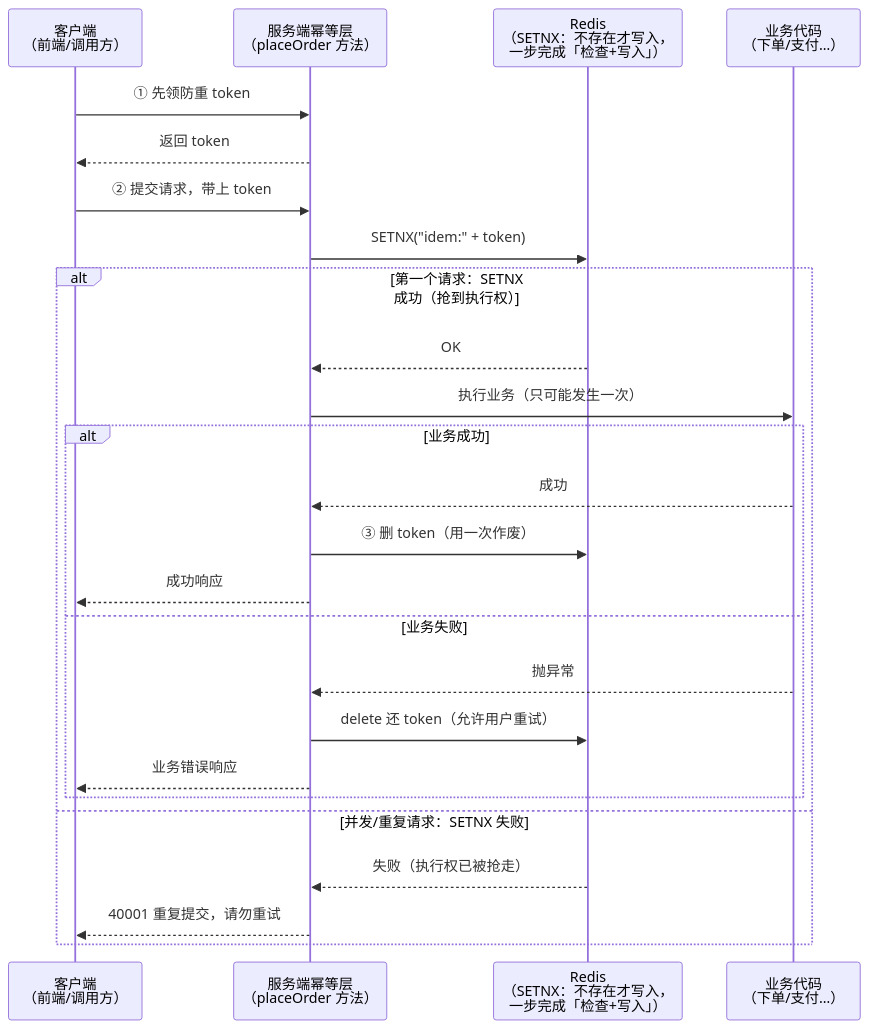
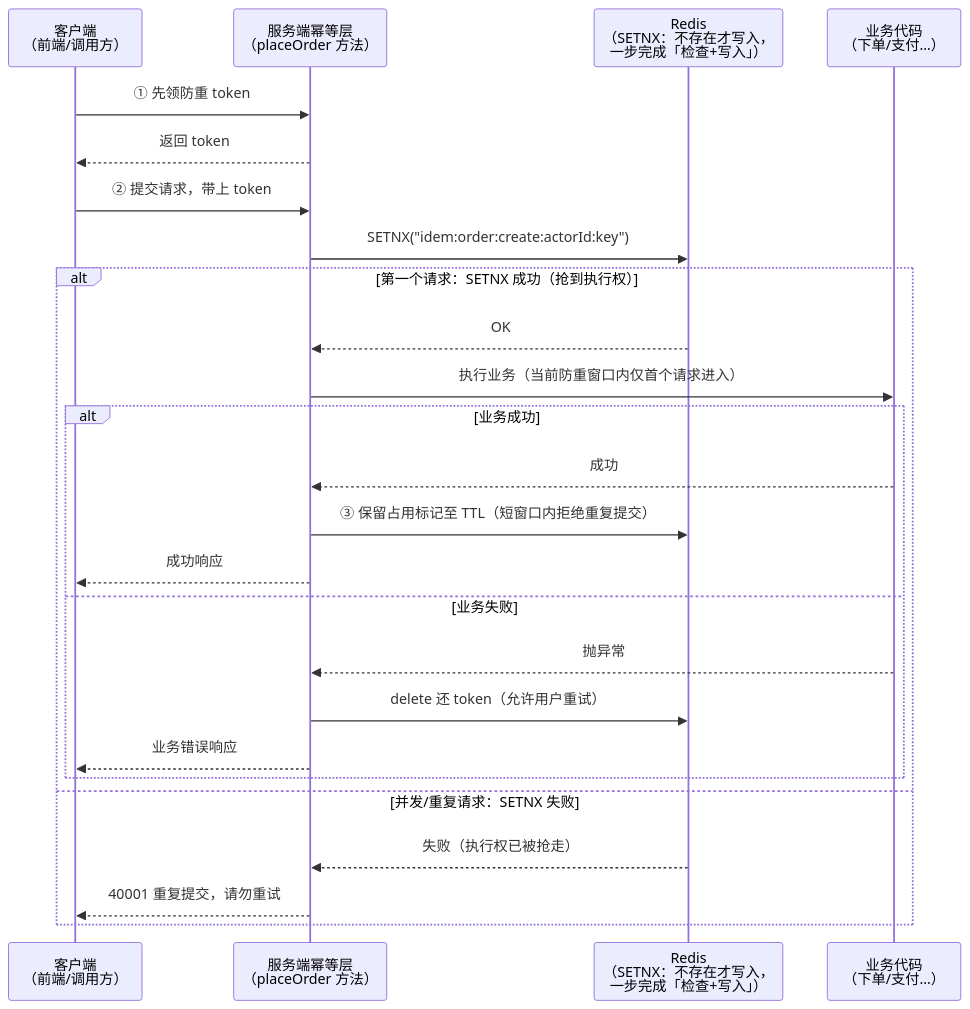
The fifth of 5 diagrams in docs/02-阶段二-Spring生态与Web开发核心/03-SpringWebMVC与API设计.md (CrazyForks/java-full-stack), drawn with Mermaid before and after one commit. The commit also changed other lines of this file and 58 other files, not shown here.

````diff
--- a/docs/02-阶段二-Spring生态与Web开发核心/03-SpringWebMVC与API设计.md
+++ b/docs/02-阶段二-Spring生态与Web开发核心/03-SpringWebMVC与API设计.md
@@ -349,28 +351,28 @@
 ```mermaid
 sequenceDiagram
     participant C as 客户端<br/>（前端/调用方）
     participant S as 服务端幂等层<br/>（placeOrder 方法）
     participant R as Redis<br/>（SETNX：不存在才写入，<br/>一步完成「检查+写入」）
     participant B as 业务代码<br/>（下单/支付…）
 
     C->>S: ① 先领防重 token
     S-->>C: 返回 token
     C->>S: ② 提交请求，带上 token
-    S->>R: SETNX("idem:" + token)
+    S->>R: SETNX("idem:order:create:actorId:key")
     alt 第一个请求：SETNX 成功（抢到执行权）
         R-->>S: OK
-        S->>B: 执行业务（只可能发生一次）
+        S->>B: 执行业务（当前防重窗口内仅首个请求进入）
         alt 业务成功
             B-->>S: 成功
-            S->>R: ③ 删 token（用一次作废）
+            S->>R: ③ 保留占用标记至 TTL（短窗口内拒绝重复提交）
             S-->>C: 成功响应
         else 业务失败
             B-->>S: 抛异常
             S->>R: delete 还 token（允许用户重试）
             S-->>C: 业务错误响应
         end
     else 并发/重复请求：SETNX 失败
         R-->>S: 失败（执行权已被抢走）
         S-->>C: 40001 重复提交，请勿重试
     end
 ```
````
